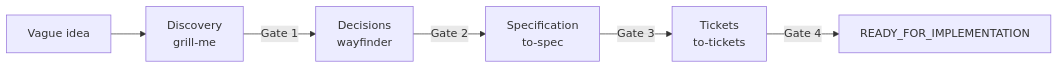
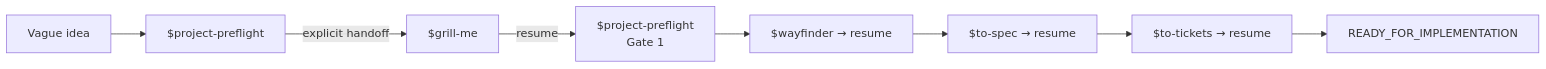
The diagram in README.md (NaCr05/project-preflight), drawn with Mermaid before and after one commit. The commit also changed other lines of this file and 42 other files, not shown here.

Commit message:
Add explicit handoff state lifecycle

````diff
--- a/README.md
+++ b/README.md
@@ -11,8 +11,10 @@
 ```mermaid
 flowchart LR
-    A["Vague idea"] --> B["Discovery<br/>grill-me"]
-    B -->|"Gate 1"| C["Decisions<br/>wayfinder"]
-    C -->|"Gate 2"| D["Specification<br/>to-spec"]
-    D -->|"Gate 3"| E["Tickets<br/>to-tickets"]
-    E -->|"Gate 4"| F["READY_FOR_IMPLEMENTATION"]
+    A["Vague idea"] --> P1["$project-preflight"]
+    P1 -->|"explicit handoff"| B["$grill-me"]
+    B -->|"resume"| P2["$project-preflight<br/>Gate 1"]
+    P2 --> C["$wayfinder → resume"]
+    C --> D["$to-spec → resume"]
+    D --> E["$to-tickets → resume"]
+    E --> F["READY_FOR_IMPLEMENTATION"]
 ```
````
